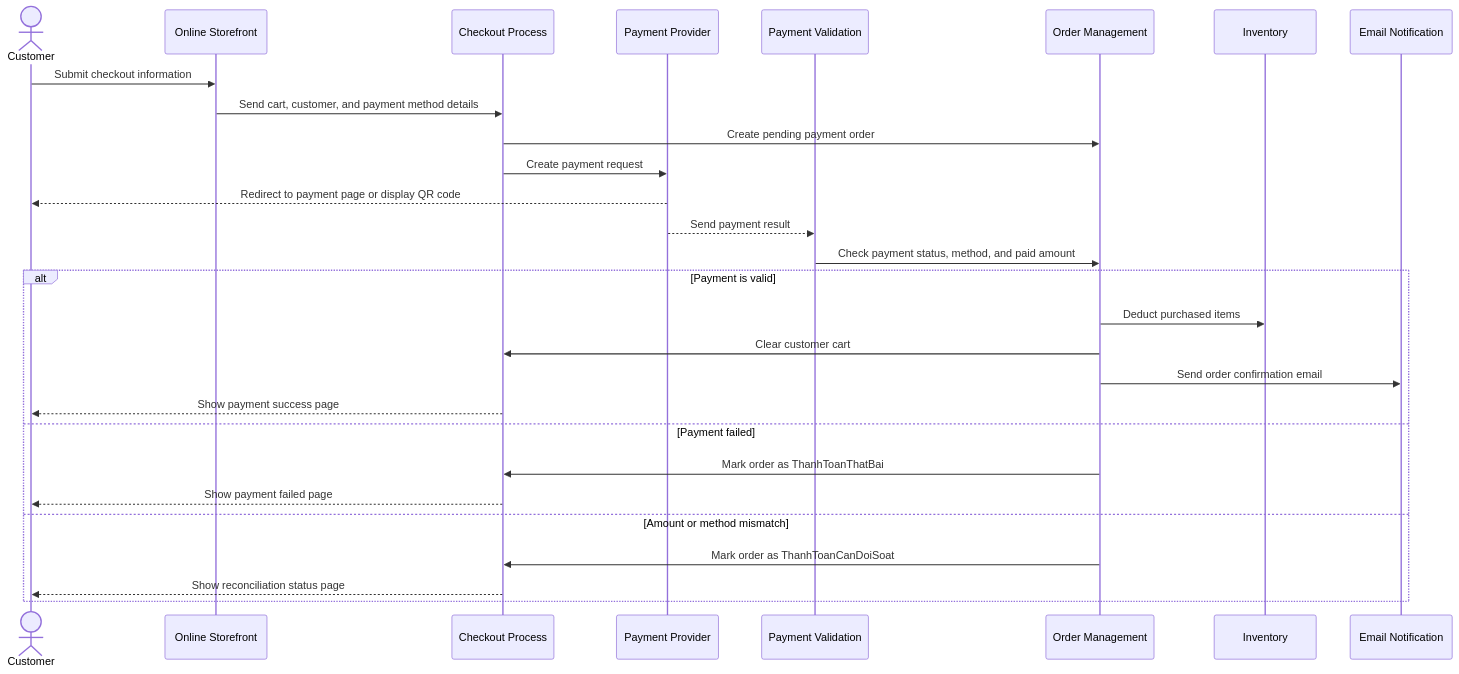
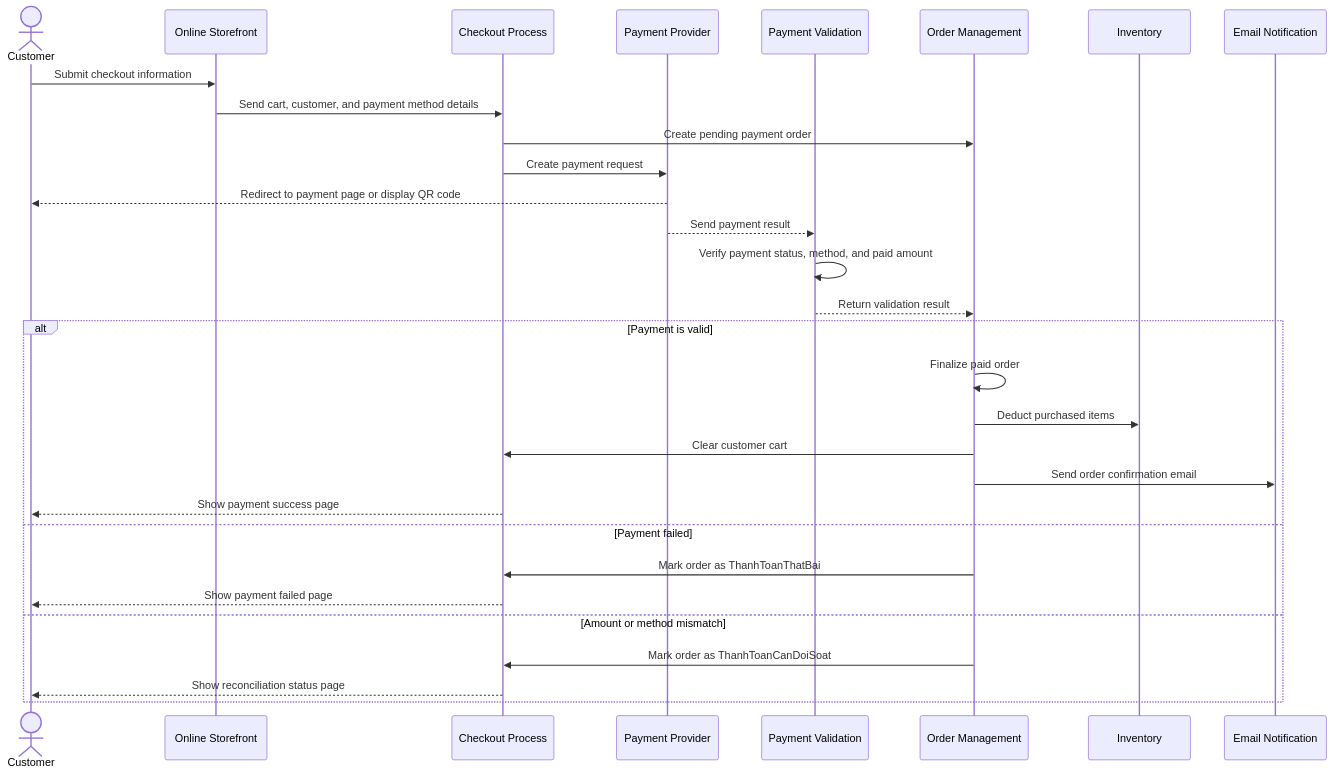
The fourth of 7 diagrams in README.md (ngxuanvan/ReSip-Multi-Payment-E-Commerce), drawn with Mermaid before and after one commit. The commit also changed other lines of this file, not shown here.

Commit message:
docs: restore business self messages in README diagrams

````diff
--- a/README.md
+++ b/README.md
@@ -134,32 +135,34 @@
 ```mermaid
 sequenceDiagram
     actor Customer
     participant Storefront as Online Storefront
     participant Checkout as Checkout Process
     participant Payment as Payment Provider
     participant Validation as Payment Validation
     participant Order as Order Management
     participant Inventory as Inventory
     participant Notification as Email Notification
 
     Customer->>Storefront: Submit checkout information
     Storefront->>Checkout: Send cart, customer, and payment method details
     Checkout->>Order: Create pending payment order
     Checkout->>Payment: Create payment request
     Payment-->>Customer: Redirect to payment page or display QR code
     Payment-->>Validation: Send payment result
-    Validation->>Order: Check payment status, method, and paid amount
+    Validation->>Validation: Verify payment status, method, and paid amount
+    Validation-->>Order: Return validation result
 
     alt Payment is valid
+        Order->>Order: Finalize paid order
         Order->>Inventory: Deduct purchased items
         Order->>Checkout: Clear customer cart
         Order->>Notification: Send order confirmation email
         Checkout-->>Customer: Show payment success page
     else Payment failed
         Order->>Checkout: Mark order as ThanhToanThatBai
         Checkout-->>Customer: Show payment failed page
     else Amount or method mismatch
         Order->>Checkout: Mark order as ThanhToanCanDoiSoat
         Checkout-->>Customer: Show reconciliation status page
     end
 ```
````
